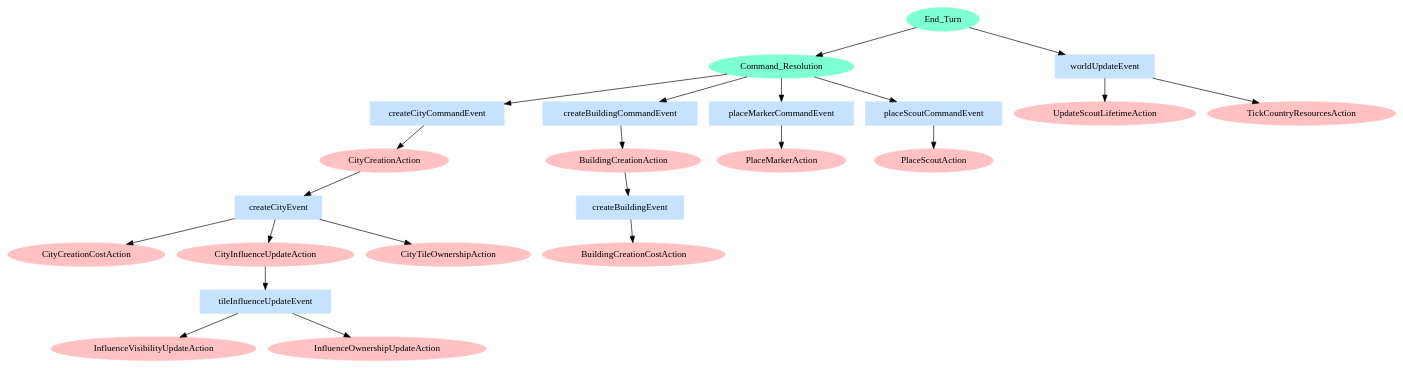
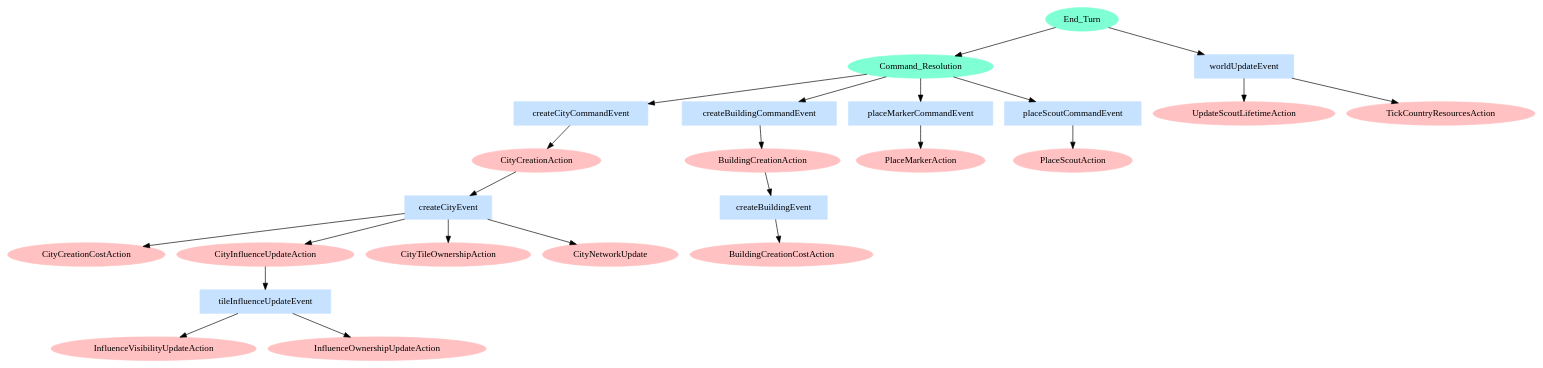
The diagram in strategy-game-backend/src/main/kotlin/de/ruegnerlukas/strategygame/backend/core/actions/events/flow.puml (SMILEY4/strategy-game), drawn with PlantUML before and after one commit. The commit also changed 18 other files, not shown here.

```diff
--- a/strategy-game-backend/src/main/kotlin/de/ruegnerlukas/strategygame/backend/core/actions/events/flow.puml
+++ b/strategy-game-backend/src/main/kotlin/de/ruegnerlukas/strategygame/backend/core/actions/events/flow.puml
@@ -1,65 +1,67 @@
 @startuml
 digraph G {
 
     End_Turn[style=filled,color=aquamarine];
     Command_Resolution[style=filled,color=aquamarine];
 
     worldUpdateEvent[shape=box,style=filled,color=slategray1];
     createCityCommandEvent[shape=box,style=filled,color=slategray1];
     createCityEvent[shape=box,style=filled,color=slategray1];
     createBuildingCommandEvent[shape=box,style=filled,color=slategray1];
     createBuildingEvent[shape=box,style=filled,color=slategray1];
     tileInfluenceUpdateEvent[shape=box,style=filled,color=slategray1];
     placeMarkerCommandEvent[shape=box,style=filled,color=slategray1];
     placeScoutCommandEvent[shape=box,style=filled,color=slategray1];
 
     CityCreationAction[style=filled,color=rosybrown1];
     CityCreationCostAction[style=filled,color=rosybrown1];
     BuildingCreationAction[style=filled,color=rosybrown1];
     BuildingCreationCostAction[style=filled,color=rosybrown1];
     CityInfluenceUpdateAction[style=filled,color=rosybrown1];
     CityTileOwnershipAction[style=filled,color=rosybrown1];
     InfluenceVisibilityUpdateAction[style=filled,color=rosybrown1];
     InfluenceOwnershipUpdateAction[style=filled,color=rosybrown1];
     PlaceMarkerAction[style=filled,color=rosybrown1];
     PlaceScoutAction[style=filled,color=rosybrown1];
     UpdateScoutLifetimeAction[style=filled,color=rosybrown1];
     TickCountryResourcesAction[style=filled,color=rosybrown1];
+    CityNetworkUpdate[style=filled,color=rosybrown1];
 
     End_Turn -> Command_Resolution;
 
     Command_Resolution -> createCityCommandEvent;
     Command_Resolution -> createBuildingCommandEvent;
     Command_Resolution -> placeMarkerCommandEvent;
     Command_Resolution -> placeScoutCommandEvent;
 
     createCityCommandEvent -> CityCreationAction;
 
     CityCreationAction -> createCityEvent;
 
     createCityEvent -> CityCreationCostAction;
     createCityEvent -> CityInfluenceUpdateAction;
     createCityEvent -> CityTileOwnershipAction;
+    createCityEvent -> CityNetworkUpdate;
 
     CityInfluenceUpdateAction -> tileInfluenceUpdateEvent;
 
     tileInfluenceUpdateEvent -> InfluenceVisibilityUpdateAction;
     tileInfluenceUpdateEvent -> InfluenceOwnershipUpdateAction;
 
     createBuildingCommandEvent -> BuildingCreationAction;
 
     BuildingCreationAction -> createBuildingEvent;
 
     createBuildingEvent -> BuildingCreationCostAction;
 
     placeMarkerCommandEvent -> PlaceMarkerAction;
 
     placeScoutCommandEvent -> PlaceScoutAction;
 
     End_Turn -> worldUpdateEvent;
 
     worldUpdateEvent -> UpdateScoutLifetimeAction;
     worldUpdateEvent -> TickCountryResourcesAction;
 }
 
 @enduml
```
